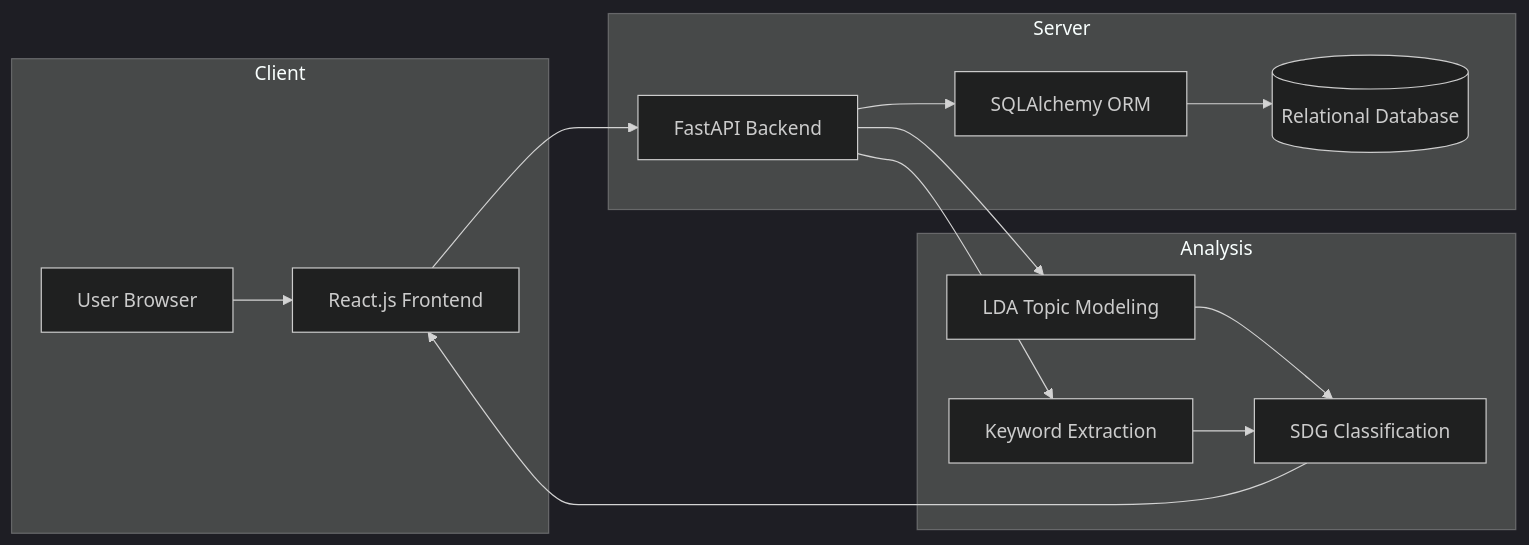
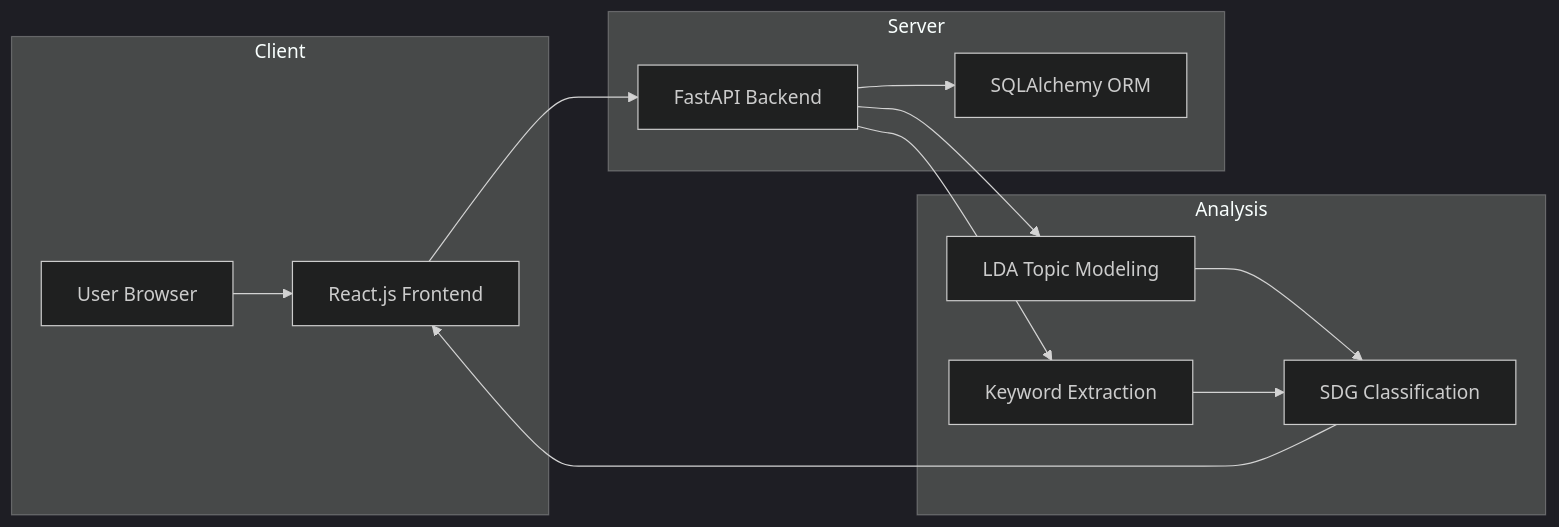
The diagram in README.md (ChinChinMarux/SDGsApp), drawn with Mermaid (dark theme) before and after one commit. The commit also changed other lines of this file, not shown here.

````diff
--- a/README.md
+++ b/README.md
@@ -34,20 +34,19 @@
 ```mermaid
 flowchart LR
     subgraph Client
         A[User Browser] --> B[React.js Frontend]
     end
 
     subgraph Server
         B --> C[FastAPI Backend]
         C --> D[SQLAlchemy ORM]
-        D --> E[(Relational Database)]
     end
 
     subgraph Analysis
         C --> F[LDA Topic Modeling]
         C --> G[Keyword Extraction]
         F --> H[SDG Classification]
         G --> H
         H --> B
     end
 ```
````
